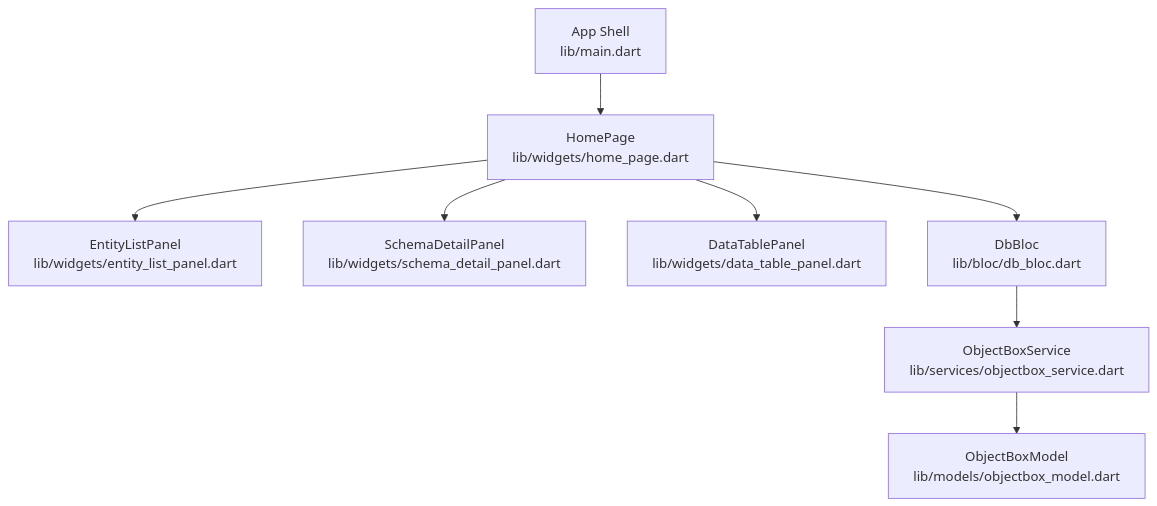
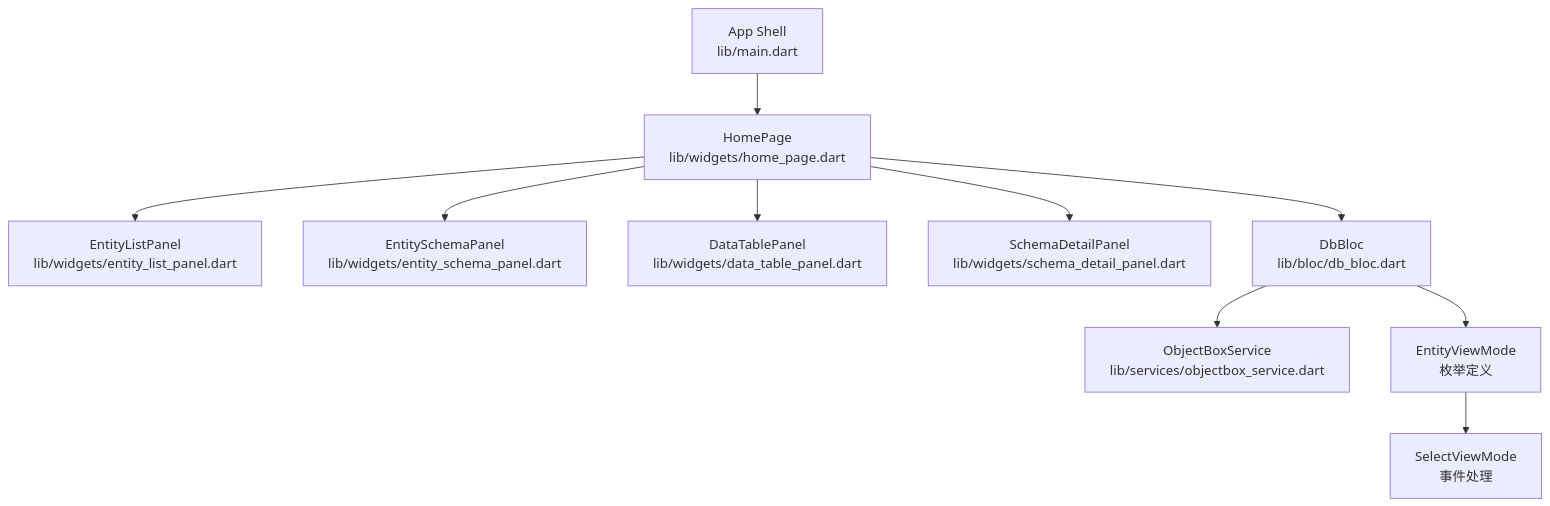
Before and after one commit to kongpf8848/objectbox_viewer: the first of 4 diagrams in .qoder/repowiki/zh/content/UI 组件/主页面布局.md, drawn with Mermaid. The commit also changed other lines of this file and 9 other files, not shown here.

````diff
--- a/.qoder/repowiki/zh/content/UI 组件/主页面布局.md
+++ b/.qoder/repowiki/zh/content/UI 组件/主页面布局.md
@@ -32,10 +41,12 @@
 ```mermaid
 graph TB
 A["App Shell<br/>lib/main.dart"] --> B["HomePage<br/>lib/widgets/home_page.dart"]
 B --> C["EntityListPanel<br/>lib/widgets/entity_list_panel.dart"]
-B --> D["SchemaDetailPanel<br/>lib/widgets/schema_detail_panel.dart"]
+B --> D["EntitySchemaPanel<br/>lib/widgets/entity_schema_panel.dart"]
 B --> E["DataTablePanel<br/>lib/widgets/data_table_panel.dart"]
-B --> F["DbBloc<br/>lib/bloc/db_bloc.dart"]
-F --> G["ObjectBoxService<br/>lib/services/objectbox_service.dart"]
-G --> H["ObjectBoxModel<br/>lib/models/objectbox_model.dart"]
+B --> F["SchemaDetailPanel<br/>lib/widgets/schema_detail_panel.dart"]
+B --> G["DbBloc<br/>lib/bloc/db_bloc.dart"]
+G --> H["ObjectBoxService<br/>lib/services/objectbox_service.dart"]
+G --> I["EntityViewMode<br/>枚举定义"]
+I --> J["SelectViewMode<br/>事件处理"]
 ```
````
